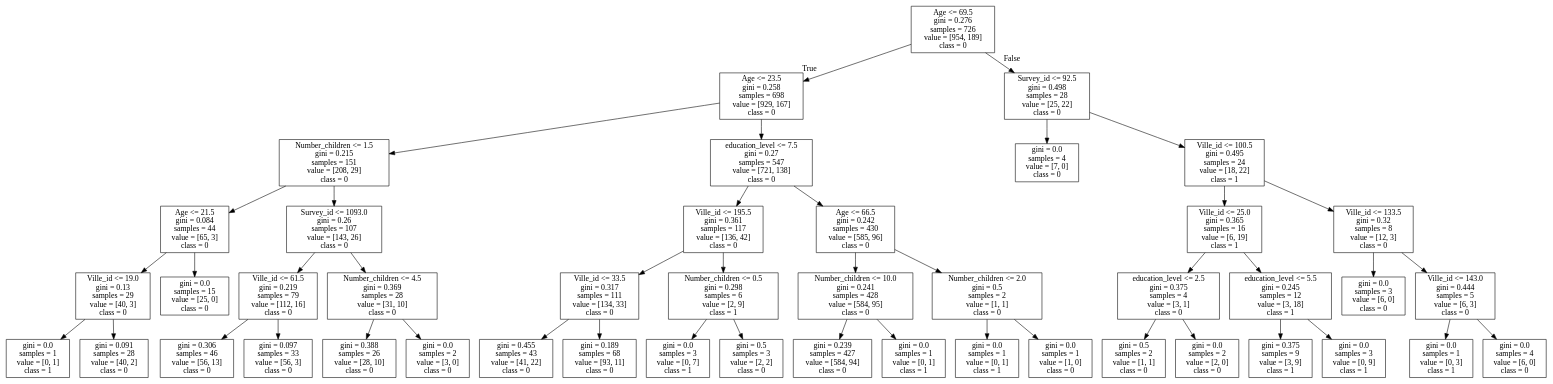
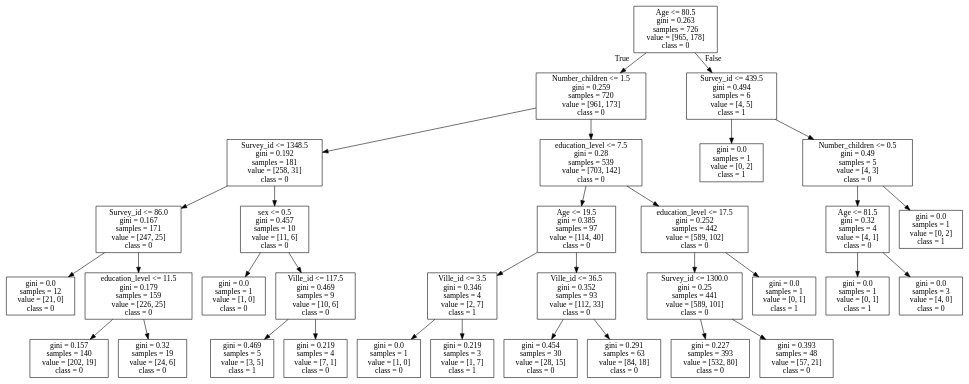
The diagram in pngs/tree04.dot (IziKodzik/Cart), drawn with Graphviz before and after one commit. The commit also changed 20 other files, not shown here.

```diff
--- a/pngs/tree04.dot
+++ b/pngs/tree04.dot
@@ -1,92 +1,68 @@
 digraph Tree {
 node [shape=box] ;
-0 [label="Age <= 69.5\ngini = 0.276\nsamples = 726\nvalue = [954, 189]\nclass = 0"] ;
-1 [label="Age <= 23.5\ngini = 0.258\nsamples = 698\nvalue = [929, 167]\nclass = 0"] ;
+0 [label="Age <= 80.5\ngini = 0.263\nsamples = 726\nvalue = [965, 178]\nclass = 0"] ;
+1 [label="Number_children <= 1.5\ngini = 0.259\nsamples = 720\nvalue = [961, 173]\nclass = 0"] ;
 0 -> 1 [labeldistance=2.5, labelangle=45, headlabel="True"] ;
-2 [label="Number_children <= 1.5\ngini = 0.215\nsamples = 151\nvalue = [208, 29]\nclass = 0"] ;
+2 [label="Survey_id <= 1348.5\ngini = 0.192\nsamples = 181\nvalue = [258, 31]\nclass = 0"] ;
 1 -> 2 ;
-3 [label="Age <= 21.5\ngini = 0.084\nsamples = 44\nvalue = [65, 3]\nclass = 0"] ;
+3 [label="Survey_id <= 86.0\ngini = 0.167\nsamples = 171\nvalue = [247, 25]\nclass = 0"] ;
 2 -> 3 ;
-4 [label="Ville_id <= 19.0\ngini = 0.13\nsamples = 29\nvalue = [40, 3]\nclass = 0"] ;
+4 [label="gini = 0.0\nsamples = 12\nvalue = [21, 0]\nclass = 0"] ;
 3 -> 4 ;
-5 [label="gini = 0.0\nsamples = 1\nvalue = [0, 1]\nclass = 1"] ;
-4 -> 5 ;
-6 [label="gini = 0.091\nsamples = 28\nvalue = [40, 2]\nclass = 0"] ;
-4 -> 6 ;
-7 [label="gini = 0.0\nsamples = 15\nvalue = [25, 0]\nclass = 0"] ;
-3 -> 7 ;
-8 [label="Survey_id <= 1093.0\ngini = 0.26\nsamples = 107\nvalue = [143, 26]\nclass = 0"] ;
+5 [label="education_level <= 11.5\ngini = 0.179\nsamples = 159\nvalue = [226, 25]\nclass = 0"] ;
+3 -> 5 ;
+6 [label="gini = 0.157\nsamples = 140\nvalue = [202, 19]\nclass = 0"] ;
+5 -> 6 ;
+7 [label="gini = 0.32\nsamples = 19\nvalue = [24, 6]\nclass = 0"] ;
+5 -> 7 ;
+8 [label="sex <= 0.5\ngini = 0.457\nsamples = 10\nvalue = [11, 6]\nclass = 0"] ;
 2 -> 8 ;
-9 [label="Ville_id <= 61.5\ngini = 0.219\nsamples = 79\nvalue = [112, 16]\nclass = 0"] ;
+9 [label="gini = 0.0\nsamples = 1\nvalue = [1, 0]\nclass = 0"] ;
 8 -> 9 ;
-10 [label="gini = 0.306\nsamples = 46\nvalue = [56, 13]\nclass = 0"] ;
-9 -> 10 ;
-11 [label="gini = 0.097\nsamples = 33\nvalue = [56, 3]\nclass = 0"] ;
-9 -> 11 ;
-12 [label="Number_children <= 4.5\ngini = 0.369\nsamples = 28\nvalue = [31, 10]\nclass = 0"] ;
-8 -> 12 ;
-13 [label="gini = 0.388\nsamples = 26\nvalue = [28, 10]\nclass = 0"] ;
-12 -> 13 ;
-14 [label="gini = 0.0\nsamples = 2\nvalue = [3, 0]\nclass = 0"] ;
-12 -> 14 ;
-15 [label="education_level <= 7.5\ngini = 0.27\nsamples = 547\nvalue = [721, 138]\nclass = 0"] ;
-1 -> 15 ;
-16 [label="Ville_id <= 195.5\ngini = 0.361\nsamples = 117\nvalue = [136, 42]\nclass = 0"] ;
+10 [label="Ville_id <= 117.5\ngini = 0.469\nsamples = 9\nvalue = [10, 6]\nclass = 0"] ;
+8 -> 10 ;
+11 [label="gini = 0.469\nsamples = 5\nvalue = [3, 5]\nclass = 1"] ;
+10 -> 11 ;
+12 [label="gini = 0.219\nsamples = 4\nvalue = [7, 1]\nclass = 0"] ;
+10 -> 12 ;
+13 [label="education_level <= 7.5\ngini = 0.28\nsamples = 539\nvalue = [703, 142]\nclass = 0"] ;
+1 -> 13 ;
+14 [label="Age <= 19.5\ngini = 0.385\nsamples = 97\nvalue = [114, 40]\nclass = 0"] ;
+13 -> 14 ;
+15 [label="Ville_id <= 3.5\ngini = 0.346\nsamples = 4\nvalue = [2, 7]\nclass = 1"] ;
+14 -> 15 ;
+16 [label="gini = 0.0\nsamples = 1\nvalue = [1, 0]\nclass = 0"] ;
 15 -> 16 ;
-17 [label="Ville_id <= 33.5\ngini = 0.317\nsamples = 111\nvalue = [134, 33]\nclass = 0"] ;
-16 -> 17 ;
-18 [label="gini = 0.455\nsamples = 43\nvalue = [41, 22]\nclass = 0"] ;
-17 -> 18 ;
-19 [label="gini = 0.189\nsamples = 68\nvalue = [93, 11]\nclass = 0"] ;
-17 -> 19 ;
-20 [label="Number_children <= 0.5\ngini = 0.298\nsamples = 6\nvalue = [2, 9]\nclass = 1"] ;
-16 -> 20 ;
-21 [label="gini = 0.0\nsamples = 3\nvalue = [0, 7]\nclass = 1"] ;
-20 -> 21 ;
-22 [label="gini = 0.5\nsamples = 3\nvalue = [2, 2]\nclass = 0"] ;
-20 -> 22 ;
-23 [label="Age <= 66.5\ngini = 0.242\nsamples = 430\nvalue = [585, 96]\nclass = 0"] ;
-15 -> 23 ;
-24 [label="Number_children <= 10.0\ngini = 0.241\nsamples = 428\nvalue = [584, 95]\nclass = 0"] ;
-23 -> 24 ;
-25 [label="gini = 0.239\nsamples = 427\nvalue = [584, 94]\nclass = 0"] ;
-24 -> 25 ;
-26 [label="gini = 0.0\nsamples = 1\nvalue = [0, 1]\nclass = 1"] ;
-24 -> 26 ;
-27 [label="Number_children <= 2.0\ngini = 0.5\nsamples = 2\nvalue = [1, 1]\nclass = 0"] ;
-23 -> 27 ;
-28 [label="gini = 0.0\nsamples = 1\nvalue = [0, 1]\nclass = 1"] ;
-27 -> 28 ;
-29 [label="gini = 0.0\nsamples = 1\nvalue = [1, 0]\nclass = 0"] ;
-27 -> 29 ;
-30 [label="Survey_id <= 92.5\ngini = 0.498\nsamples = 28\nvalue = [25, 22]\nclass = 0"] ;
-0 -> 30 [labeldistance=2.5, labelangle=-45, headlabel="False"] ;
-31 [label="gini = 0.0\nsamples = 4\nvalue = [7, 0]\nclass = 0"] ;
-30 -> 31 ;
-32 [label="Ville_id <= 100.5\ngini = 0.495\nsamples = 24\nvalue = [18, 22]\nclass = 1"] ;
-30 -> 32 ;
-33 [label="Ville_id <= 25.0\ngini = 0.365\nsamples = 16\nvalue = [6, 19]\nclass = 1"] ;
-32 -> 33 ;
-34 [label="education_level <= 2.5\ngini = 0.375\nsamples = 4\nvalue = [3, 1]\nclass = 0"] ;
-33 -> 34 ;
-35 [label="gini = 0.5\nsamples = 2\nvalue = [1, 1]\nclass = 0"] ;
-34 -> 35 ;
-36 [label="gini = 0.0\nsamples = 2\nvalue = [2, 0]\nclass = 0"] ;
-34 -> 36 ;
-37 [label="education_level <= 5.5\ngini = 0.245\nsamples = 12\nvalue = [3, 18]\nclass = 1"] ;
-33 -> 37 ;
-38 [label="gini = 0.375\nsamples = 9\nvalue = [3, 9]\nclass = 1"] ;
-37 -> 38 ;
-39 [label="gini = 0.0\nsamples = 3\nvalue = [0, 9]\nclass = 1"] ;
-37 -> 39 ;
-40 [label="Ville_id <= 133.5\ngini = 0.32\nsamples = 8\nvalue = [12, 3]\nclass = 0"] ;
-32 -> 40 ;
-41 [label="gini = 0.0\nsamples = 3\nvalue = [6, 0]\nclass = 0"] ;
-40 -> 41 ;
-42 [label="Ville_id <= 143.0\ngini = 0.444\nsamples = 5\nvalue = [6, 3]\nclass = 0"] ;
-40 -> 42 ;
-43 [label="gini = 0.0\nsamples = 1\nvalue = [0, 3]\nclass = 1"] ;
-42 -> 43 ;
-44 [label="gini = 0.0\nsamples = 4\nvalue = [6, 0]\nclass = 0"] ;
-42 -> 44 ;
+17 [label="gini = 0.219\nsamples = 3\nvalue = [1, 7]\nclass = 1"] ;
+15 -> 17 ;
+18 [label="Ville_id <= 36.5\ngini = 0.352\nsamples = 93\nvalue = [112, 33]\nclass = 0"] ;
+14 -> 18 ;
+19 [label="gini = 0.454\nsamples = 30\nvalue = [28, 15]\nclass = 0"] ;
+18 -> 19 ;
+20 [label="gini = 0.291\nsamples = 63\nvalue = [84, 18]\nclass = 0"] ;
+18 -> 20 ;
+21 [label="education_level <= 17.5\ngini = 0.252\nsamples = 442\nvalue = [589, 102]\nclass = 0"] ;
+13 -> 21 ;
+22 [label="Survey_id <= 1300.0\ngini = 0.25\nsamples = 441\nvalue = [589, 101]\nclass = 0"] ;
+21 -> 22 ;
+23 [label="gini = 0.227\nsamples = 393\nvalue = [532, 80]\nclass = 0"] ;
+22 -> 23 ;
+24 [label="gini = 0.393\nsamples = 48\nvalue = [57, 21]\nclass = 0"] ;
+22 -> 24 ;
+25 [label="gini = 0.0\nsamples = 1\nvalue = [0, 1]\nclass = 1"] ;
+21 -> 25 ;
+26 [label="Survey_id <= 439.5\ngini = 0.494\nsamples = 6\nvalue = [4, 5]\nclass = 1"] ;
+0 -> 26 [labeldistance=2.5, labelangle=-45, headlabel="False"] ;
+27 [label="gini = 0.0\nsamples = 1\nvalue = [0, 2]\nclass = 1"] ;
+26 -> 27 ;
+28 [label="Number_children <= 0.5\ngini = 0.49\nsamples = 5\nvalue = [4, 3]\nclass = 0"] ;
+26 -> 28 ;
+29 [label="Age <= 81.5\ngini = 0.32\nsamples = 4\nvalue = [4, 1]\nclass = 0"] ;
+28 -> 29 ;
+30 [label="gini = 0.0\nsamples = 1\nvalue = [0, 1]\nclass = 1"] ;
+29 -> 30 ;
+31 [label="gini = 0.0\nsamples = 3\nvalue = [4, 0]\nclass = 0"] ;
+29 -> 31 ;
+32 [label="gini = 0.0\nsamples = 1\nvalue = [0, 2]\nclass = 1"] ;
+28 -> 32 ;
 }
```
